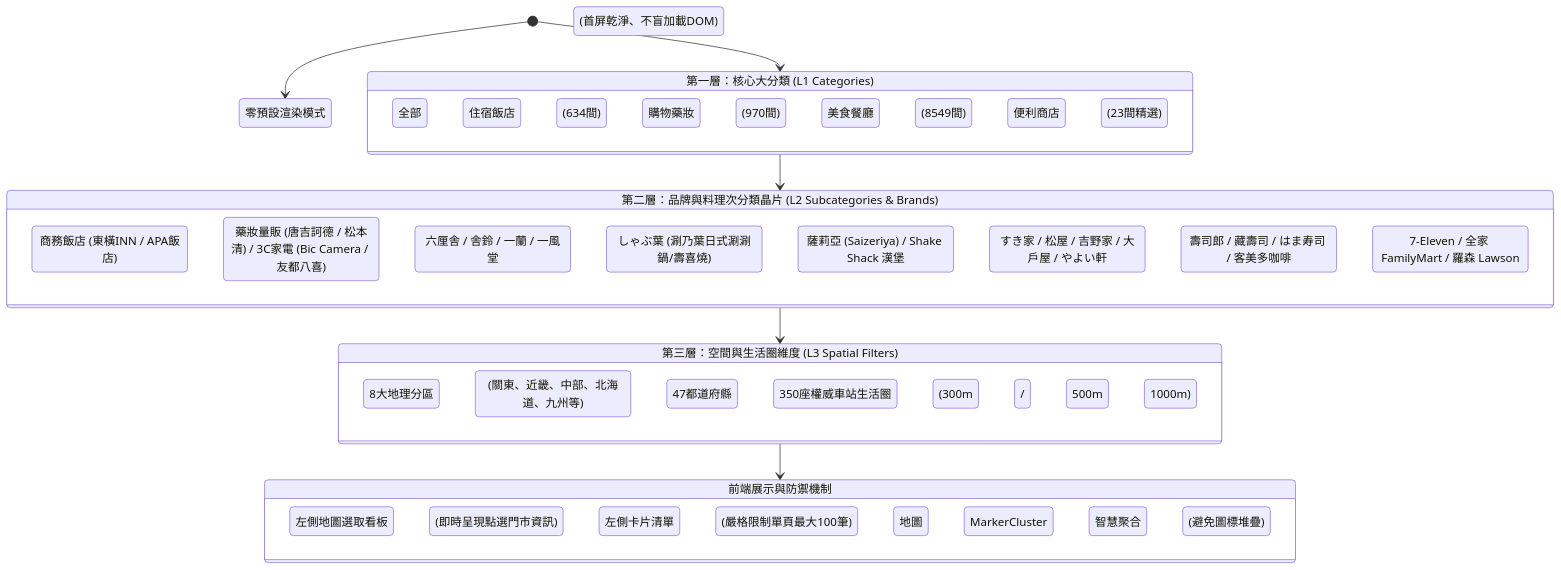
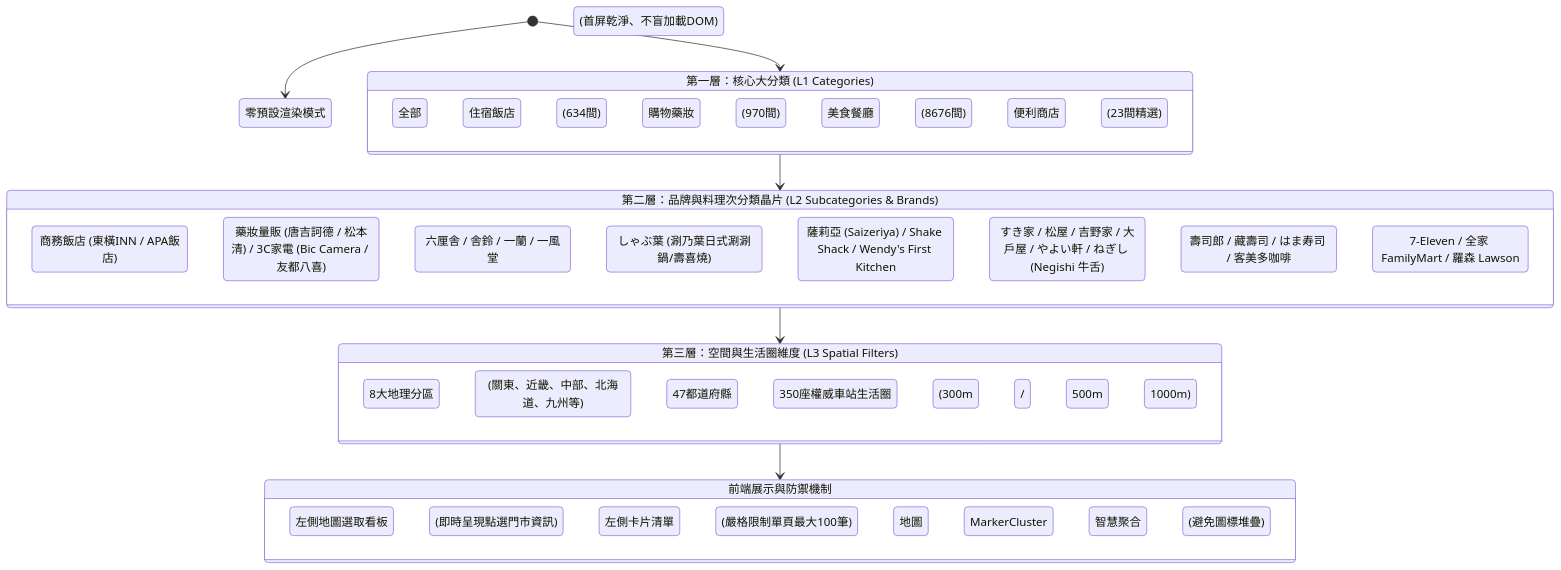
Before and after one commit to imhahac/japan-travel-map-guide: the second of 3 diagrams in docs/ARCHITECTURE.md, drawn with Mermaid. The commit also changed other lines of this file and 14 other files, not shown here.

Commit message:
feat: add Wendy's and Negishi restaurant scrapers and data seeds

````diff
--- a/docs/ARCHITECTURE.md
+++ b/docs/ARCHITECTURE.md
@@ -92,40 +92,40 @@
 ```mermaid
 stateDiagram-v2
     [*] --> 零預設渲染模式 (首屏乾淨、不盲加載DOM)
 
     state "第一層：核心大分類 (L1 Categories)" as L1 {
         全部
         住宿飯店 (634間)
         購物藥妝 (970間)
-        美食餐廳 (8549間)
+        美食餐廳 (8676間)
         便利商店 (23間精選)
     }
 
     state "第二層：品牌與料理次分類晶片 (L2 Subcategories & Brands)" as L2 {
         住宿: 商務飯店 (東橫INN / APA飯店)
         購物: 藥妝量販 (唐吉訶德 / 松本清) / 3C家電 (Bic Camera / 友都八喜)
         拉麵: 六厘舎 / 舎鈴 / 一蘭 / 一風堂
         鍋物: しゃぶ葉 (涮乃葉日式涮涮鍋/壽喜燒)
-        洋食家庭: 薩莉亞 (Saizeriya) / Shake Shack 漢堡
-        牛丼定食: すき家 / 松屋 / 吉野家 / 大戶屋 / やよい軒
+        洋食家庭: 薩莉亞 (Saizeriya) / Shake Shack / Wendy's First Kitchen
+        牛丼定食: すき家 / 松屋 / 吉野家 / 大戶屋 / やよい軒 / ねぎし (Negishi 牛舌)
         壽司咖啡: 壽司郎 / 藏壽司 / はま寿司 / 客美多咖啡
         超商: 7-Eleven / 全家 FamilyMart / 羅森 Lawson
     }
 
     state "第三層：空間與生活圈維度 (L3 Spatial Filters)" as L3 {
         8大地理分區 (關東、近畿、中部、北海道、九州等)
         47都道府縣
         350座權威車站生活圈 (300m / 500m / 1000m)
     }
 
     state "前端展示與防禦機制" as Output {
         左側地圖選取看板 (即時呈現點選門市資訊)
         左側卡片清單 (嚴格限制單頁最大100筆)
         地圖 MarkerCluster 智慧聚合 (避免圖標堆疊)
     }
 
     [*] --> L1
     L1 --> L2
     L2 --> L3
     L3 --> Output
 ```
````
